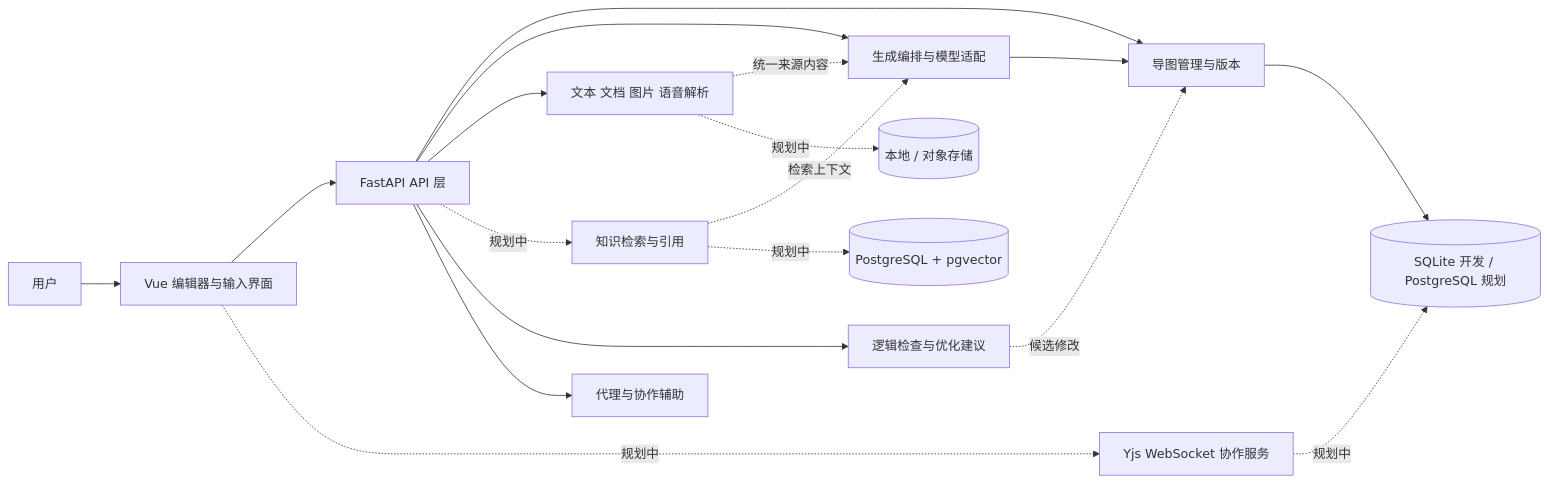
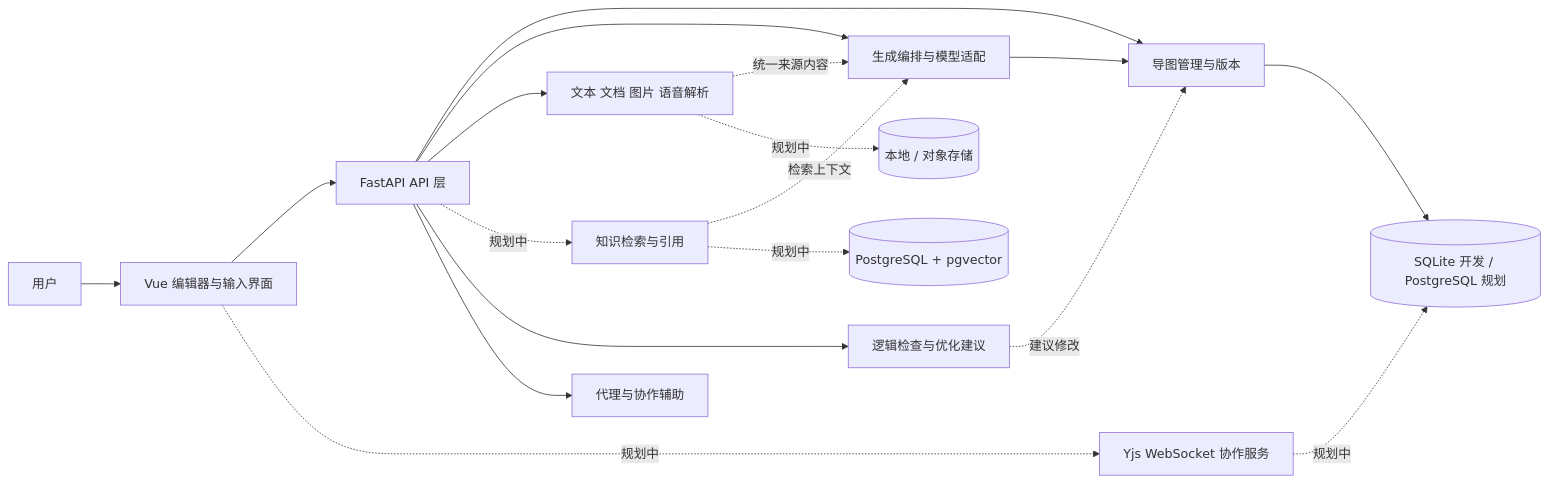
The diagram in docs/ARCHITECTURE.md (RPeGio/genai-mindmap), drawn with Mermaid before and after one commit. The commit also changed other lines of this file and 36 other files, not shown here.

````diff
--- a/docs/ARCHITECTURE.md
+++ b/docs/ARCHITECTURE.md
@@ -7,20 +7,20 @@
 ```mermaid
 flowchart LR
   U[用户] --> UI[Vue 编辑器与输入界面]
   UI --> API[FastAPI API 层]
   UI -. 规划中 .-> Y[Yjs WebSocket 协作服务]
   API --> MAP[导图管理与版本]
   API --> GEN[生成编排与模型适配]
   API --> INGEST[文本 文档 图片 语音解析]
   API -. 规划中 .-> RAG[知识检索与引用]
   API --> OPT[逻辑检查与优化建议]
   API --> AGENT[代理与协作辅助]
   INGEST -. 统一来源内容 .-> GEN
   RAG -. 检索上下文 .-> GEN
   GEN --> MAP
-  OPT -. 候选修改 .-> MAP
+  OPT -. 建议修改 .-> MAP
   MAP --> DB[(SQLite 开发 / PostgreSQL 规划)]
   RAG -. 规划中 .-> VEC[(PostgreSQL + pgvector)]
   INGEST -. 规划中 .-> FILE[(本地 / 对象存储)]
   Y -. 规划中 .-> DB
 ```
````
